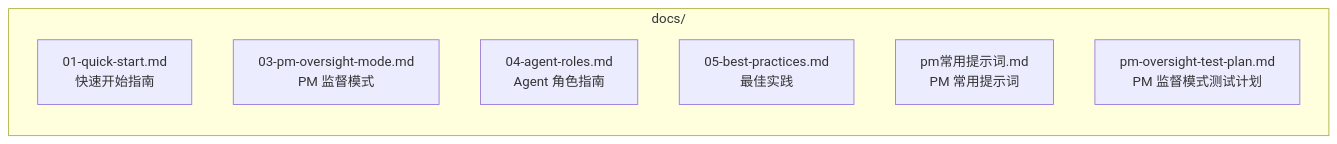
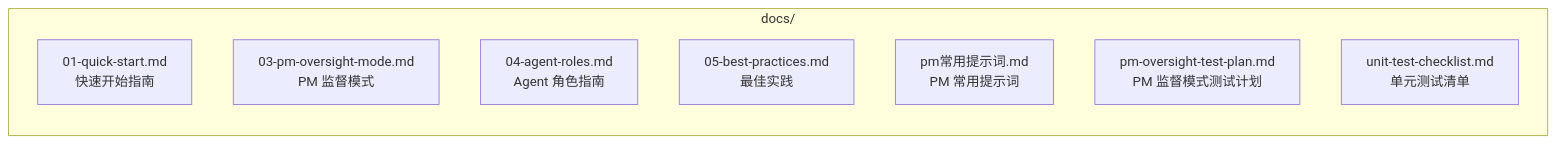
The diagram in docs/CLAUDE.md (coolwoo/Tmux-AI-Team), drawn with Mermaid before and after one commit. The commit also changed other lines of this file and 28 other files, not shown here.

````diff
--- a/docs/CLAUDE.md
+++ b/docs/CLAUDE.md
@@ -11,11 +11,12 @@
 ```mermaid
 graph LR
     subgraph Docs["docs/"]
         QS["01-quick-start.md<br/>快速开始指南"]
         PM["03-pm-oversight-mode.md<br/>PM 监督模式"]
         ROLES["04-agent-roles.md<br/>Agent 角色指南"]
         BP["05-best-practices.md<br/>最佳实践"]
         PROMPTS["pm常用提示词.md<br/>PM 常用提示词"]
         TEST["pm-oversight-test-plan.md<br/>PM 监督模式测试计划"]
+        UNIT["unit-test-checklist.md<br/>单元测试清单"]
     end
 ```
````
